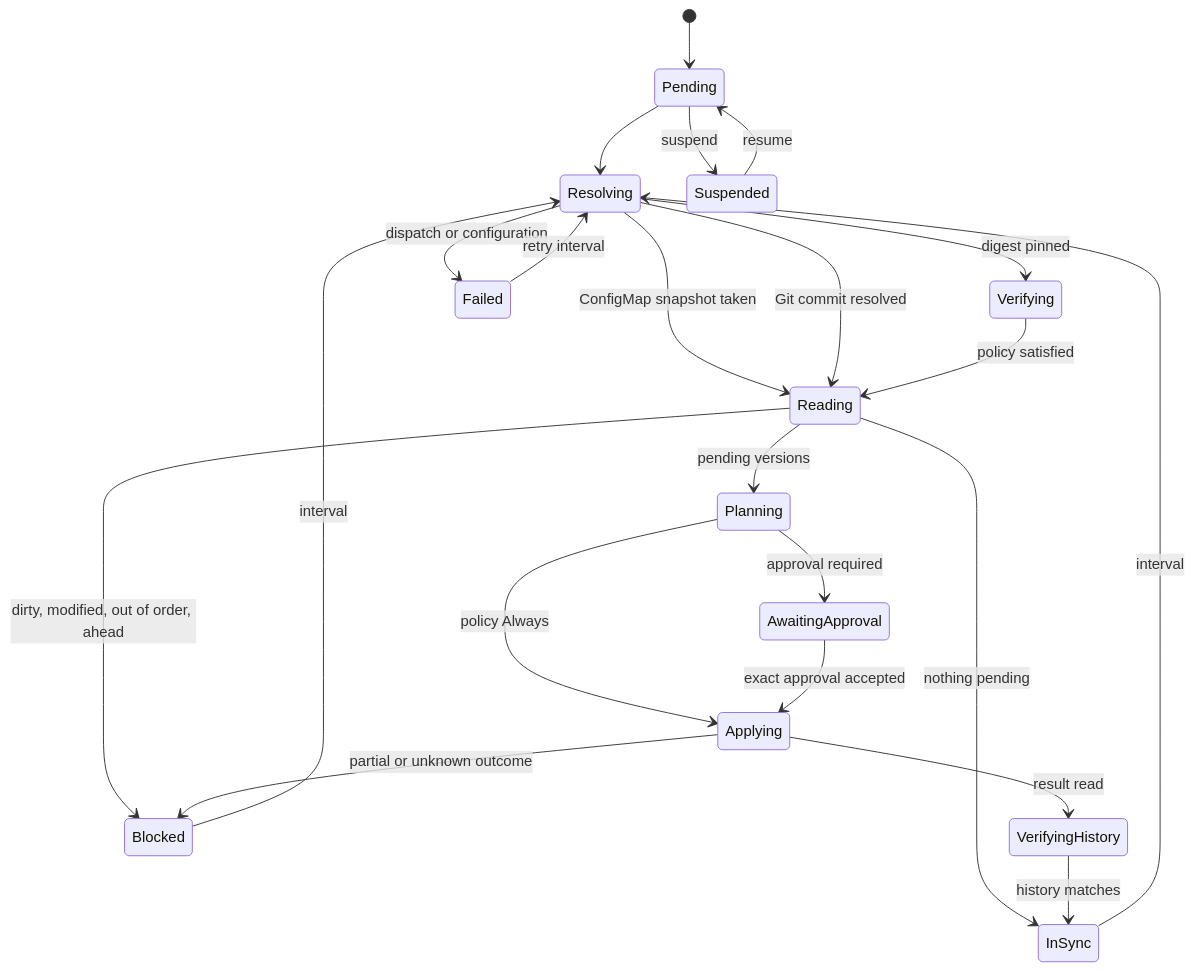
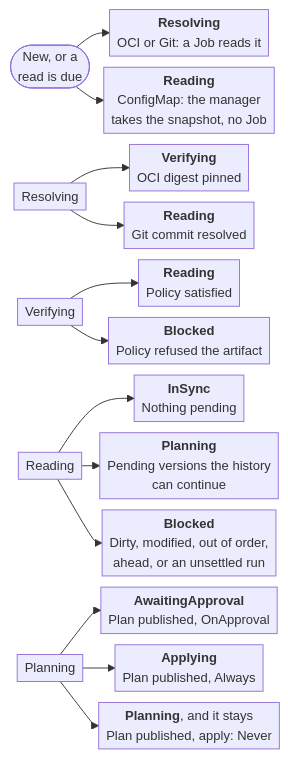
The sixth of 8 diagrams in docs/site/src/content/docs/reference/reconciliation.md (stokaro/ptah-operator), drawn with Mermaid before and after one commit. The commit also changed other lines of this file and 2 other files, not shown here.

````diff
--- a/docs/site/src/content/docs/reference/reconciliation.md
+++ b/docs/site/src/content/docs/reference/reconciliation.md
@@ -342,24 +467,35 @@
 ```mermaid
-stateDiagram-v2
-  [*] --> Pending
-  Pending --> Resolving
-  Resolving --> Verifying: digest pinned
-  Resolving --> Reading: ConfigMap snapshot taken
-  Resolving --> Reading: Git commit resolved
-  Verifying --> Reading: policy satisfied
-  Reading --> InSync: nothing pending
-  Reading --> Planning: pending versions
-  Reading --> Blocked: dirty, modified, out of order, ahead
-  Planning --> AwaitingApproval: approval required
-  Planning --> Applying: policy Always
-  AwaitingApproval --> Applying: exact approval accepted
-  Applying --> VerifyingHistory: result read
-  VerifyingHistory --> InSync: history matches
-  Applying --> Blocked: partial or unknown outcome
-  Resolving --> Failed: dispatch or configuration
-  InSync --> Resolving: interval
-  Blocked --> Resolving: interval
-  Failed --> Resolving: retry interval
-  Pending --> Suspended: suspend
-  Suspended --> Pending: resume
+---
+config:
+  look: classic
+  themeVariables:
+    fontSize: 14px
+  flowchart:
+    wrappingWidth: 260
+    nodeSpacing: 12
+    rankSpacing: 10
+    padding: 4
+    diagramPadding: 6
+---
+flowchart LR
+  %% status.phase
+  accTitle: A migration's phases from its source to a plan
+  accDescr: Resolving, Verifying and Reading lead to InSync, Planning or Blocked, and Planning leads to AwaitingApproval or Applying. Each box on the right names the next phase and what moves the resource there.
+  due(["New, or a<br/>read is due"])
+  resolving["Resolving"]
+  verifying["Verifying"]
+  reading["Reading"]
+  planning["Planning"]
+  due --> dueOci["<b>Resolving</b><br/>OCI or Git: a Job reads it"]
+  due --> dueConfigMap["<b>Reading</b><br/>ConfigMap: the manager<br/>takes the snapshot, no Job"]
+  resolving --> resolvedOci["<b>Verifying</b><br/>OCI digest pinned"]
+  resolving --> resolvedGit["<b>Reading</b><br/>Git commit resolved"]
+  verifying --> verified["<b>Reading</b><br/>Policy satisfied"]
+  verifying --> refusedArtifact["<b>Blocked</b><br/>Policy refused the artifact"]
+  reading --> nothingPending["<b>InSync</b><br/>Nothing pending"]
+  reading --> pendingVersions["<b>Planning</b><br/>Pending versions the history<br/>can continue"]
+  reading --> refused["<b>Blocked</b><br/>Dirty, modified, out of order,<br/>ahead, or an unsettled run"]
+  planning --> needsApproval["<b>AwaitingApproval</b><br/>Plan published, OnApproval"]
+  planning --> automatic["<b>Applying</b><br/>Plan published, Always"]
+  planning --> rests["<b>Planning</b>, and it stays<br/>Plan published, apply: Never"]
 ```
````
